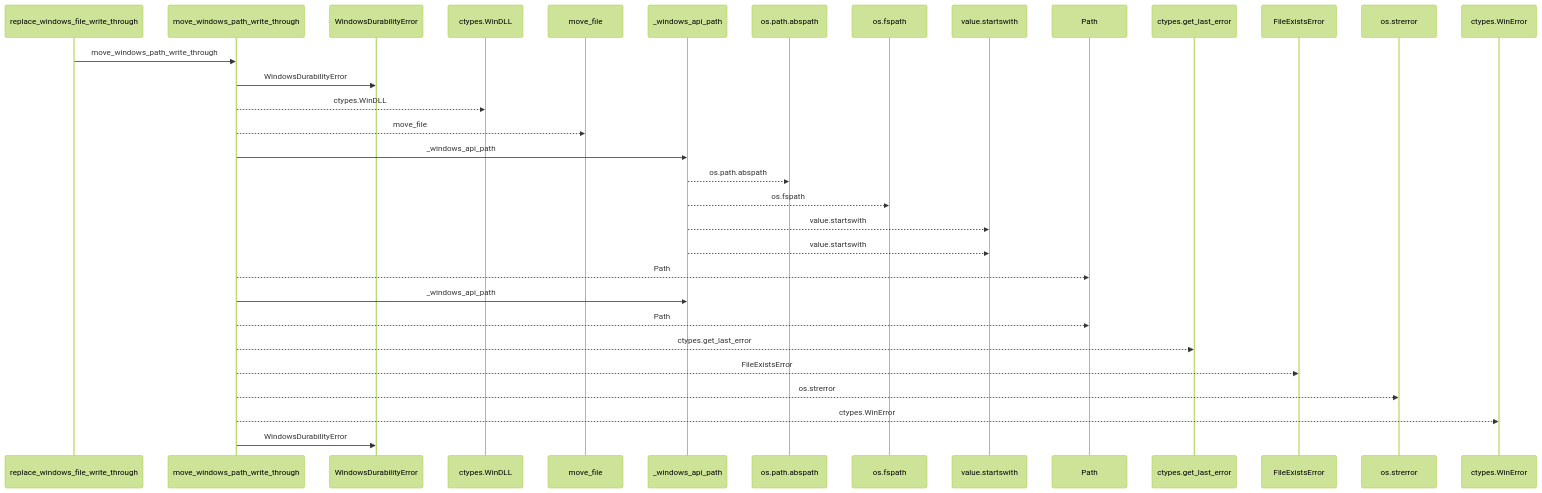
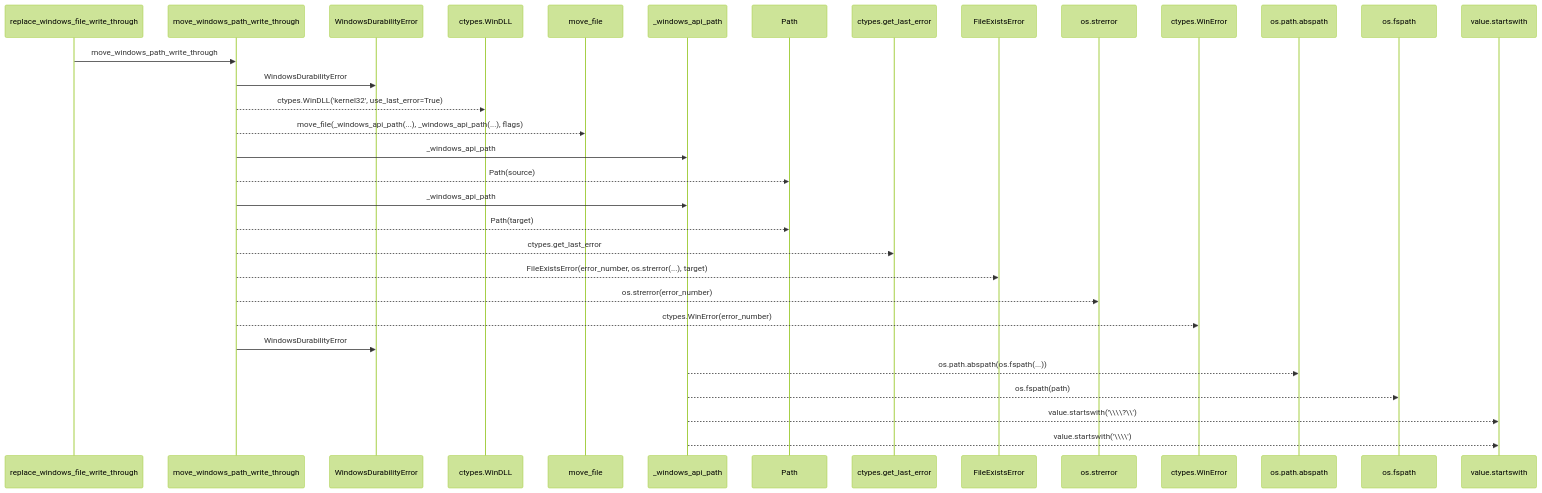
One commit to Denissvgn/python-wiki-llm changed the first of 2 diagrams in docs/llm_wiki/flows/api-replace_windows_file_write_through.md. Above: the diagram before and after it, drawn with Mermaid (forest theme). The commit also changed other lines of this file and 1410 other files, not shown here.

````diff
--- a/docs/llm_wiki/flows/api-replace_windows_file_write_through.md
+++ b/docs/llm_wiki/flows/api-replace_windows_file_write_through.md
@@ -10,34 +12,34 @@
 ```mermaid
 sequenceDiagram
     participant p0 as replace_windows_file_write_through
     participant p1 as move_windows_path_write_through
     participant p2 as WindowsDurabilityError
     participant p3 as ctypes.WinDLL
     participant p4 as move_file
     participant p5 as _windows_api_path
-    participant p6 as os.path.abspath
-    participant p7 as os.fspath
-    participant p8 as value.startswith
-    participant p9 as Path
-    participant p10 as ctypes.get_last_error
-    participant p11 as FileExistsError
-    participant p12 as os.strerror
-    participant p13 as ctypes.WinError
+    participant p6 as Path
+    participant p7 as ctypes.get_last_error
+    participant p8 as FileExistsError
+    participant p9 as os.strerror
+    participant p10 as ctypes.WinError
+    participant p11 as os.path.abspath
+    participant p12 as os.fspath
+    participant p13 as value.startswith
     p0->>p1: move_windows_path_write_through
     p1->>p2: WindowsDurabilityError
-    p1-->>p3: ctypes.WinDLL
-    p1-->>p4: move_file
+    p1-->>p3: ctypes.WinDLL('kernel32', use_last_error=True)
+    p1-->>p4: move_file(_windows_api_path(...), _windows_api_path(...), flags)
     p1->>p5: _windows_api_path
-    p5-->>p6: os.path.abspath
-    p5-->>p7: os.fspath
-    p5-->>p8: value.startswith
-    p5-->>p8: value.startswith
-    p1-->>p9: Path
+    p1-->>p6: Path(source)
     p1->>p5: _windows_api_path
-    p1-->>p9: Path
-    p1-->>p10: ctypes.get_last_error
-    p1-->>p11: FileExistsError
-    p1-->>p12: os.strerror
-    p1-->>p13: ctypes.WinError
+    p1-->>p6: Path(target)
+    p1-->>p7: ctypes.get_last_error
+    p1-->>p8: FileExistsError(error_number, os.strerror(...), target)
+    p1-->>p9: os.strerror(error_number)
+    p1-->>p10: ctypes.WinError(error_number)
     p1->>p2: WindowsDurabilityError
+    p5-->>p11: os.path.abspath(os.fspath(...))
+    p5-->>p12: os.fspath(path)
+    p5-->>p13: value.startswith('\\\\?\\')
+    p5-->>p13: value.startswith('\\\\')
 ```
````
